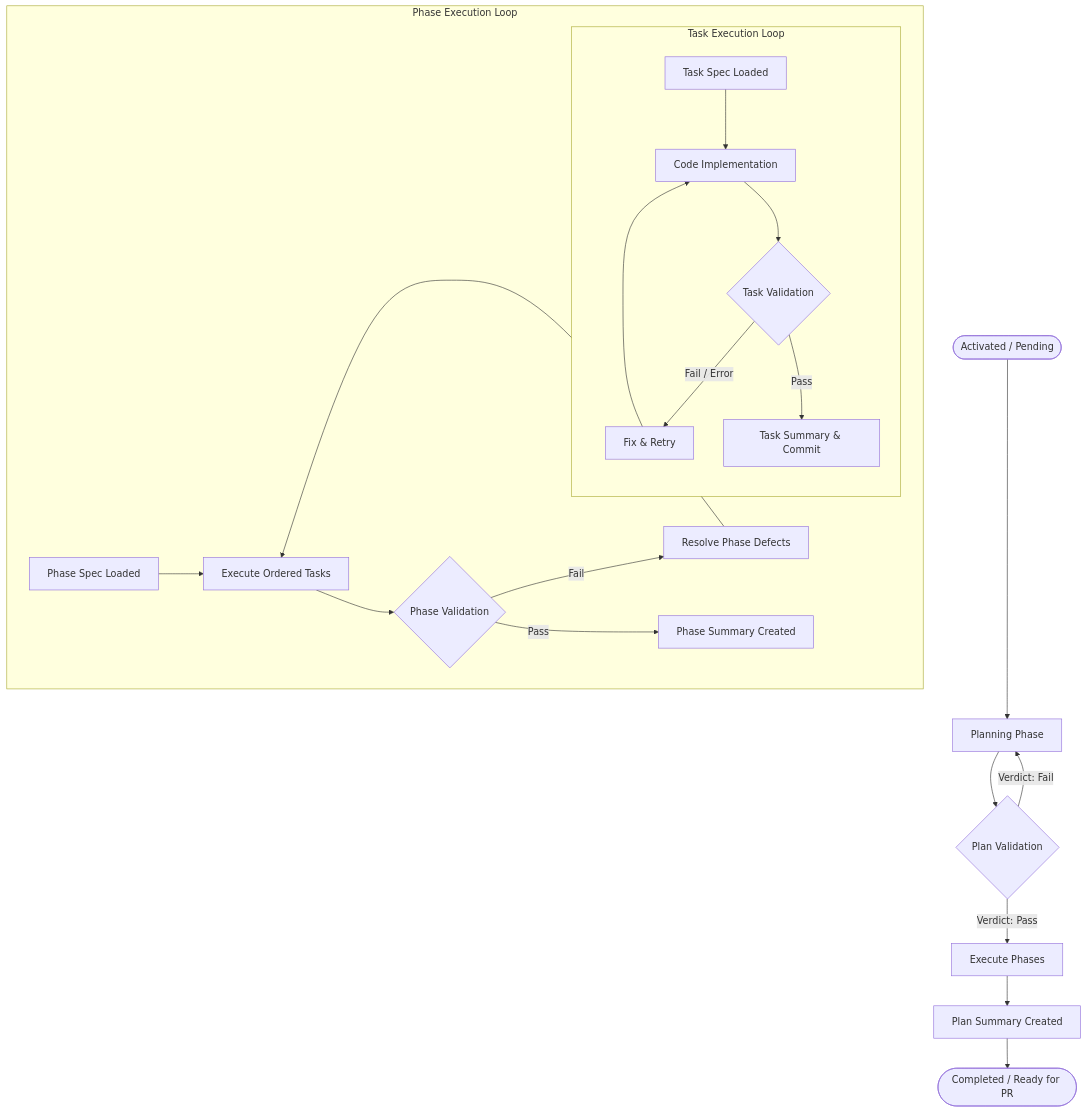
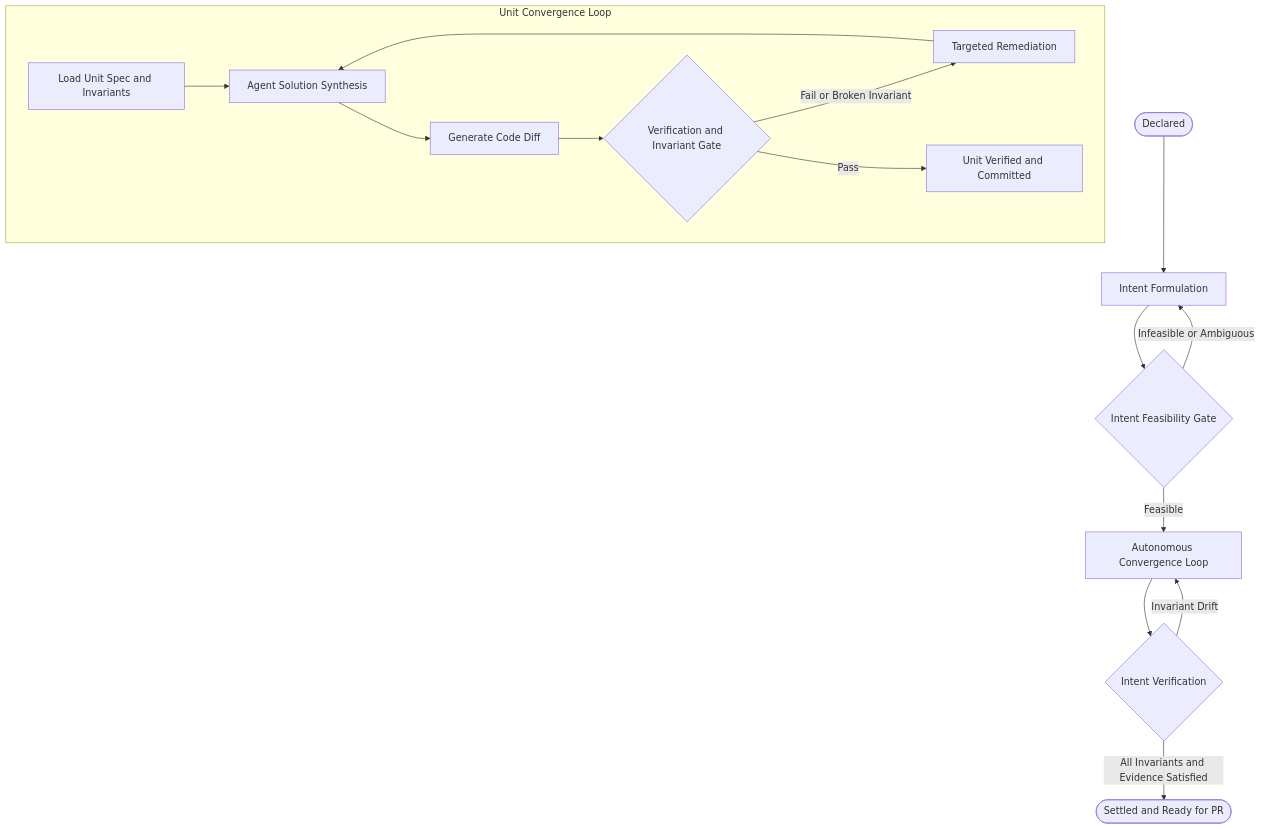
One commit to Equitable-Innovations/tosh changed the first of 2 diagrams in build-docs/docs/work-items/README.md. Above: the diagram before and after it, drawn with Mermaid. The commit also changed other lines of this file and 61 other files, not shown here.

First line of the commit message:
docs: convert work items to intent-based SDLC and add project-mgr specs (#3)

````diff
--- a/build-docs/docs/work-items/README.md
+++ b/build-docs/docs/work-items/README.md
@@ -99,25 +107,20 @@
 ```mermaid
 flowchart TD
-    Init([Activated / Pending]) --> Planning[Planning Phase]
-    Planning --> PlanVal{Plan Validation}
-    PlanVal -->|Verdict: Fail| Planning
-    PlanVal -->|Verdict: Pass| PhaseLoop[Execute Phases]
+    Declared([Declared]) --> Formulating[Intent Formulation]
+    Formulating --> Feasibility{Intent Feasibility Gate}
+    Feasibility -->|Infeasible or Ambiguous| Formulating
+    Feasibility -->|Feasible| Converging[Autonomous Convergence Loop]
 
-    subgraph PhaseExecution [Phase Execution Loop]
-        PhaseStart[Phase Spec Loaded] --> TaskLoop[Execute Ordered Tasks]
-        subgraph TaskExecution [Task Execution Loop]
-            TaskStart[Task Spec Loaded] --> TaskExec[Code Implementation]
-            TaskExec --> TaskVal{Task Validation}
-            TaskVal -->|Fail / Error| TaskRetry[Fix & Retry]
-            TaskRetry --> TaskExec
-            TaskVal -->|Pass| TaskSummary[Task Summary & Commit]
-        end
-        TaskLoop --> PhaseVal{Phase Validation}
-        PhaseVal -->|Fail| PhaseFix[Resolve Phase Defects]
-        PhaseFix --> TaskLoop
-        PhaseVal -->|Pass| PhaseSummary[Phase Summary Created]
+    subgraph ConvergenceLoop [Unit Convergence Loop]
+        LoadSpec[Load Unit Spec and Invariants] --> Synthesis[Agent Solution Synthesis]
+        Synthesis --> GenDiff[Generate Code Diff]
+        GenDiff --> VerifCheck{Verification and Invariant Gate}
+        VerifCheck -->|Fail or Broken Invariant| Remediation[Targeted Remediation]
+        Remediation --> Synthesis
+        VerifCheck -->|Pass| UnitVerified[Unit Verified and Committed]
     end
 
-    PhaseLoop --> WorkItemSummary[Plan Summary Created]
-    WorkItemSummary --> Complete([Completed / Ready for PR])
+    Converging --> MacroVerif{Intent Verification}
+    MacroVerif -->|Invariant Drift| Converging
+    MacroVerif -->|All Invariants and Evidence Satisfied| Settled([Settled and Ready for PR])
 ```
````
